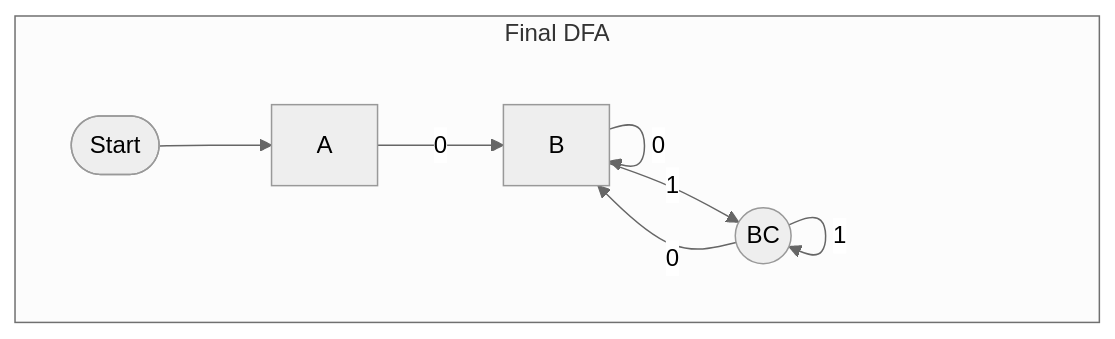
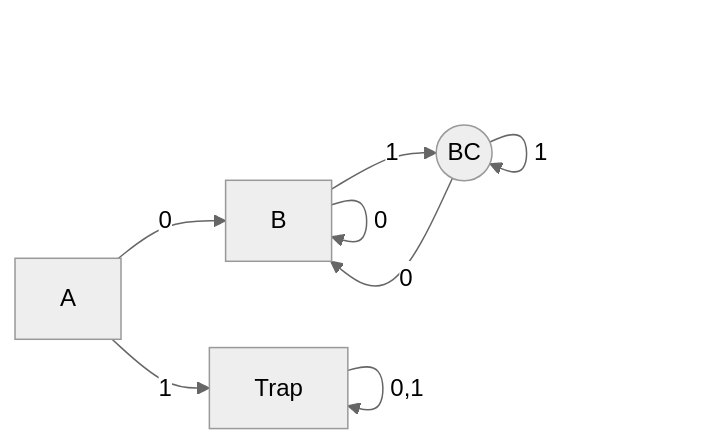
Before and after one commit to choisimo/document: the third of 3 diagrams in content/docs/compiler/lexical/nfa-to-dfa.md, drawn with Mermaid (neutral theme). The commit also changed other lines of this file and 432 other files, not shown here.

````diff
--- a/content/docs/compiler/lexical/nfa-to-dfa.md
+++ b/content/docs/compiler/lexical/nfa-to-dfa.md
@@ -84,12 +91,10 @@
 ```mermaid
 flowchart LR
-    subgraph "Final DFA"
-        direction LR
-        I([Start]) --> A
-        A -- "0" --> B
-        B -- "0" --> B
-        B -- "1" --> BC((BC))
-        BC -- "0" --> B
-        BC -- "1" --> BC
-    end
+    A[A] -- 0 --> B[B]
+    A -- 1 --> T[Trap]
+    B -- 0 --> B
+    B -- 1 --> BC((BC))
+    BC -- 0 --> B
+    BC -- 1 --> BC
+    T -- "0,1" --> T
 ```
````
